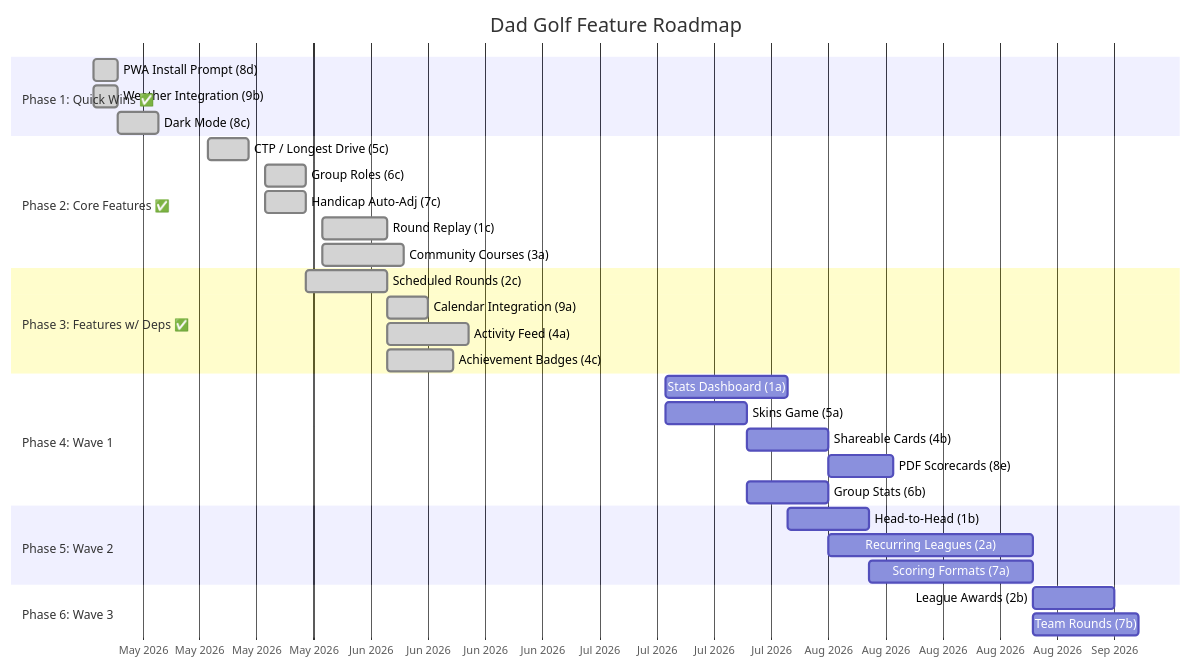
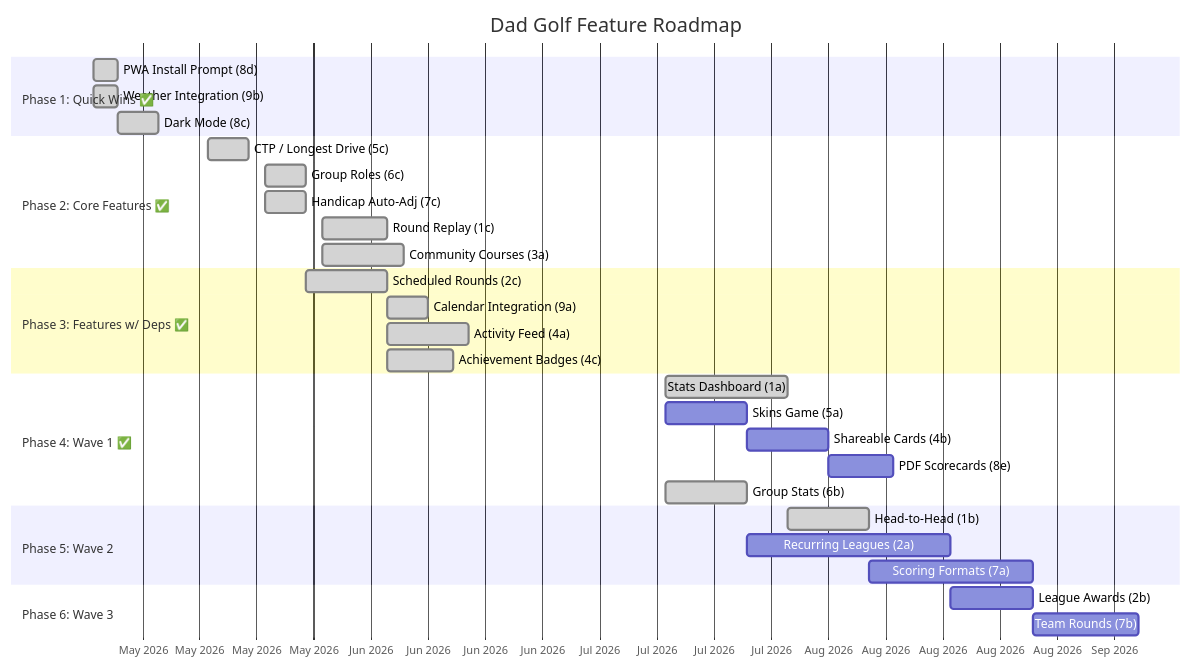
Before and after one commit to Lachy-Dauth/dad-golf: the second of 2 diagrams in docs/roadmap.md, drawn with Mermaid. The commit also changed other lines of this file and 29 other files, not shown here.

````diff
--- a/docs/roadmap.md
+++ b/docs/roadmap.md
@@ -78,40 +78,40 @@
 ```mermaid
 gantt
     title Dad Golf Feature Roadmap
     dateFormat YYYY-MM-DD
     axisFormat %b %Y
 
     section Phase 1: Quick Wins ✅
     PWA Install Prompt (8d)         :done, p1b, 2026-05-04, 3d
     Weather Integration (9b)        :done, p1c, 2026-05-04, 3d
     Dark Mode (8c)                  :done, p1d, 2026-05-07, 5d
 
     section Phase 2: Core Features ✅
     CTP / Longest Drive (5c)        :done, p2b, 2026-05-18, 5d
     Group Roles (6c)                :done, p2d, 2026-05-25, 5d
     Handicap Auto-Adj (7c)          :done, p2e, 2026-05-25, 5d
     Round Replay (1c)               :done, p2a, 2026-06-01, 8d
     Community Courses (3a)          :done, p2f, 2026-06-01, 10d
 
     section Phase 3: Features w/ Deps ✅
     Scheduled Rounds (2c)           :done, p3b, after p2d, 10d
     Calendar Integration (9a)       :done, p3c, after p3b, 5d
     Activity Feed (4a)              :done, p3d, after p2a, 10d
     Achievement Badges (4c)         :done, p3e, after p2a, 8d
 
-    section Phase 4: Wave 1
-    Stats Dashboard (1a)            :p4a, 2026-07-13, 15d
+    section Phase 4: Wave 1 ✅
+    Stats Dashboard (1a)            :done, p4a, 2026-07-13, 15d
     Skins Game (5a)                 :p4b, 2026-07-13, 10d
     Shareable Cards (4b)            :p4c, after p4b, 10d
     PDF Scorecards (8e)             :p4d, after p4c, 8d
-    Group Stats (6b)                :p4e, after p4b, 10d
+    Group Stats (6b)                :done, p4e, 2026-07-13, 10d
 
     section Phase 5: Wave 2
-    Head-to-Head (1b)               :p5a, after p4a, 10d
+    Head-to-Head (1b)               :done, p5a, after p4a, 10d
     Recurring Leagues (2a)          :p5b, after p4e, 25d
     Scoring Formats (7a)            :p5c, after p5a, 20d
 
     section Phase 6: Wave 3
     League Awards (2b)              :p6a, after p5b, 10d
     Team Rounds (7b)                :p6b, after p5c, 13d
 ```
````
